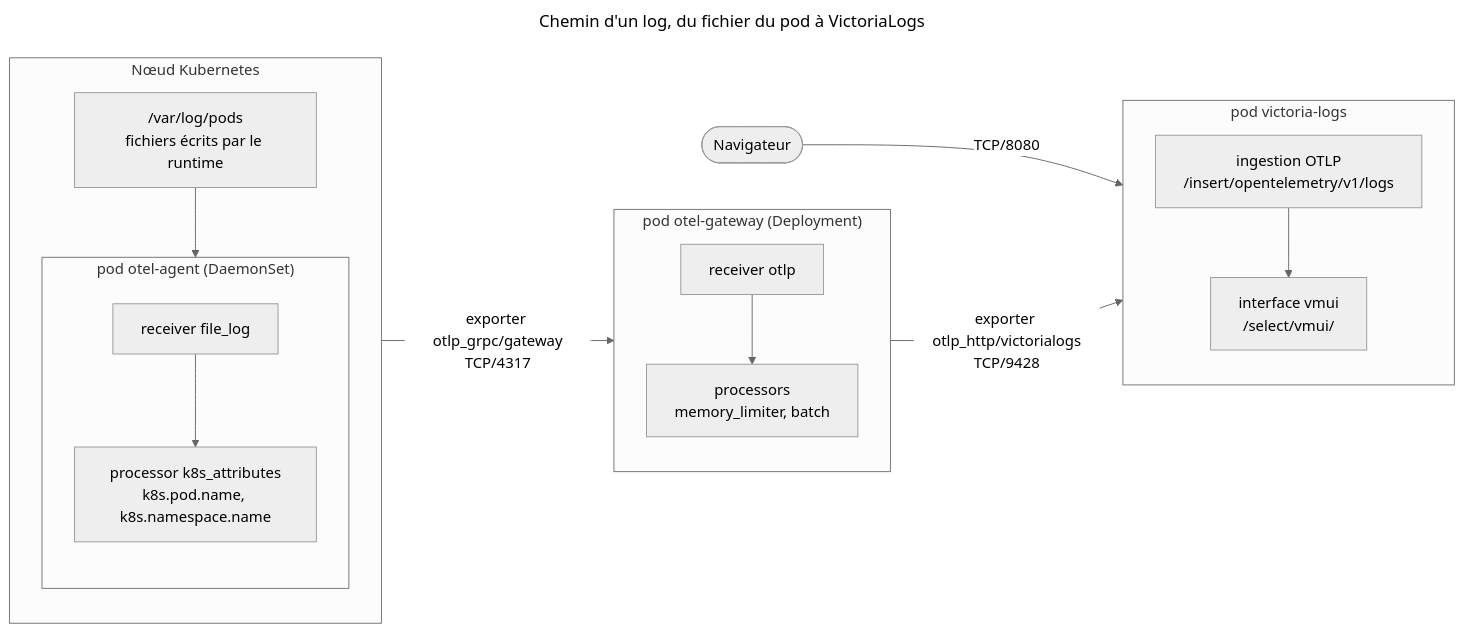
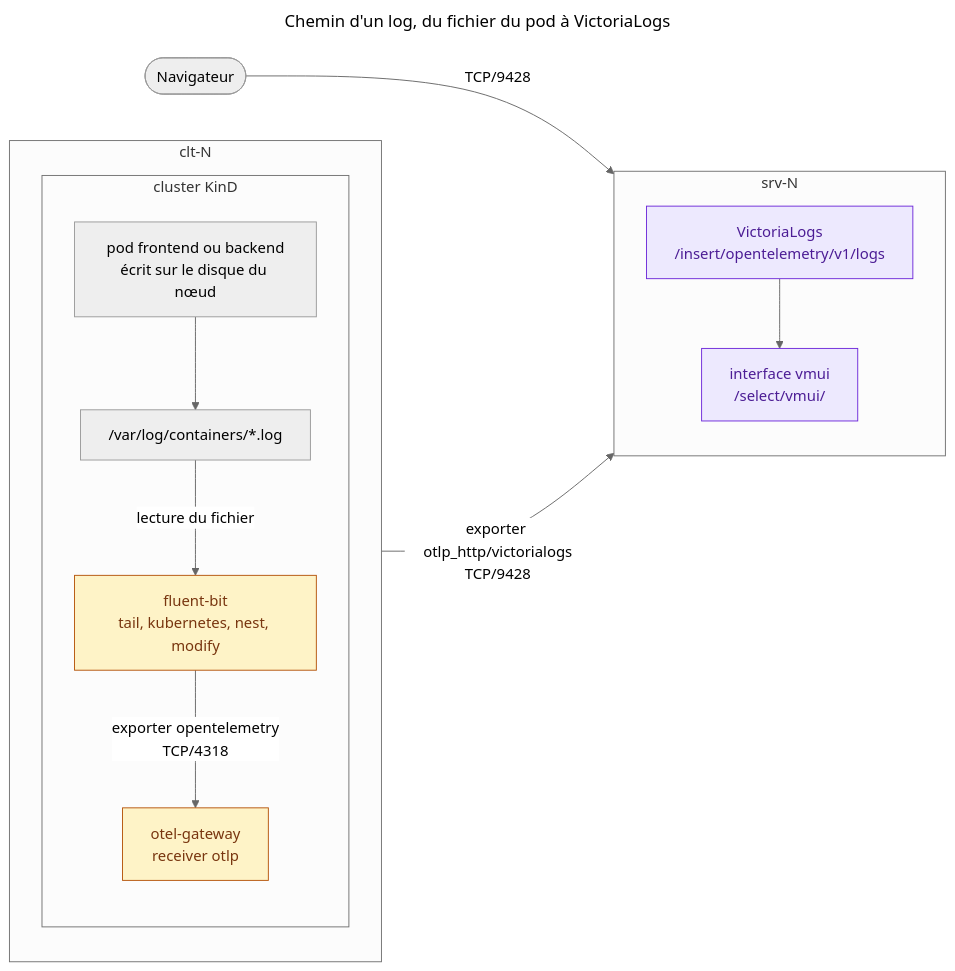
The third of 4 diagrams in Lab_TP03_Kubernetes.md (pragmatic-fermat/opentelemetry-labs), drawn with Mermaid (neutral theme) before and after one commit. The commit also changed other lines of this file and 7 other files, not shown here.

First line of the commit message:
TP3 : backends sur srv-N, Fluent Bit pour les logs et schemas refondus

````diff
--- a/Lab_TP03_Kubernetes.md
+++ b/Lab_TP03_Kubernetes.md
@@ -630,35 +666,34 @@
 ```mermaid
 ---
 title: Chemin d'un log, du fichier du pod à VictoriaLogs
 ---
 flowchart LR
-  subgraph N["Nœud Kubernetes"]
+  subgraph CLT["clt-N"]
     direction TB
-    F["/var/log/pods<br/>fichiers écrits par le runtime"]
-    subgraph AG["pod otel-agent (DaemonSet)"]
+    subgraph K["cluster KinD"]
       direction TB
-      FL["receiver file_log"]
-      KA["processor k8s_attributes<br/>k8s.pod.name, k8s.namespace.name"]
-      FL --> KA
+      P["pod frontend ou backend<br/>écrit sur le disque du nœud"]
+      F["/var/log/containers/*.log"]
+      FB["fluent-bit<br/>tail, kubernetes, nest, modify"]
+      GW["otel-gateway<br/>receiver otlp"]
     end
-    F --> FL
   end
 
-  subgraph GW["pod otel-gateway (Deployment)"]
+  subgraph SRV["srv-N"]
     direction TB
-    OR["receiver otlp"]
-    PR["processors<br/>memory_limiter, batch"]
-    OR --> PR
+    VL["VictoriaLogs<br/>/insert/opentelemetry/v1/logs"]
+    UI["interface vmui<br/>/select/vmui/"]
+    VL --> UI
   end
 
-  subgraph VL["pod victoria-logs"]
-    direction TB
-    IN["ingestion OTLP<br/>/insert/opentelemetry/v1/logs"]
-    UI["interface vmui<br/>/select/vmui/"]
-  end
+  P --> F
+  F -->|lecture du fichier| FB
+  FB -->|"exporter opentelemetry<br/>TCP/4318"| GW
+  GW -->|"exporter otlp_http/victorialogs<br/>TCP/9428"| VL
+  B([Navigateur]) -->|TCP/9428| UI
 
-  KA -->|"exporter otlp_grpc/gateway<br/>TCP/4317"| OR
-  PR -->|"exporter otlp_http/victorialogs<br/>TCP/9428"| IN
-  IN --> UI
-  B([Navigateur]) -->|TCP/8080| UI
+  classDef telemetry fill:#fef3c7,stroke:#b45309,color:#78350f
+  classDef backend fill:#ede9fe,stroke:#6d28d9,color:#4c1d95
+  class FB,GW telemetry
+  class VL,UI backend
 ```
````
